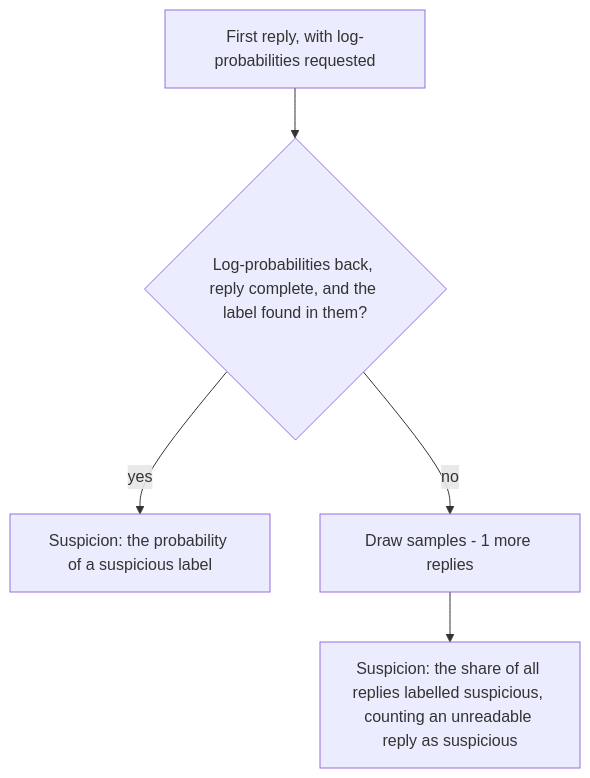
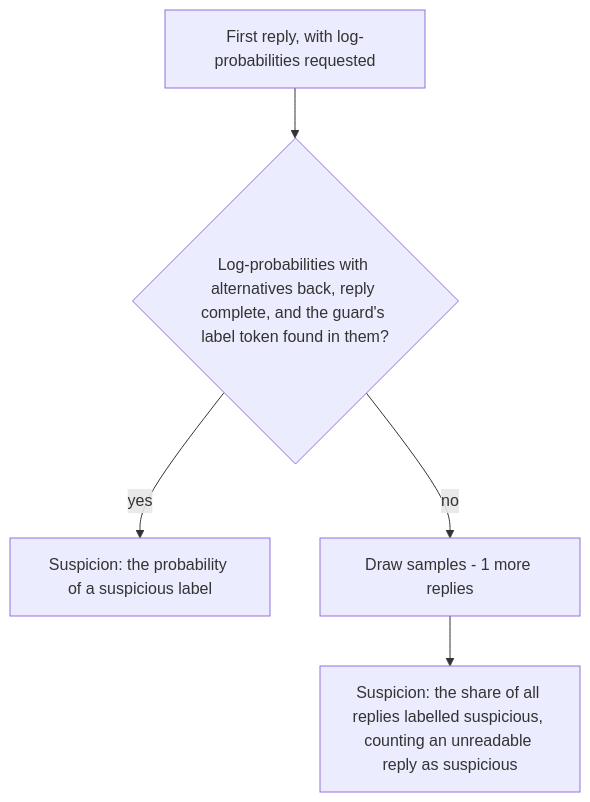
One commit to omamori-lab/langchain-sync-monitors changed the diagram in docs/how-to/use-a-guard-model.md. Above: the diagram before and after it, drawn with Mermaid. The commit also changed other lines of this file and 2 other files, not shown here.

First line of the commit message:
Score a guard's log-probabilities only at the guard's own label token

````diff
--- a/docs/how-to/use-a-guard-model.md
+++ b/docs/how-to/use-a-guard-model.md
@@ -101,7 +101,7 @@
 ```mermaid
 flowchart TD
-    first["First reply, with log-probabilities requested"] --> usable{"Log-probabilities back, reply complete, and the label found in them?"}
+    first["First reply, with log-probabilities requested"] --> usable{"Log-probabilities with alternatives back, reply complete, and the guard's label token found in them?"}
     usable -- "yes" --> probability["Suspicion: the probability of a suspicious label"]
     usable -- "no" --> more["Draw samples - 1 more replies"]
     more --> share["Suspicion: the share of all replies labelled suspicious, counting an unreadable reply as suspicious"]
 ```
````
